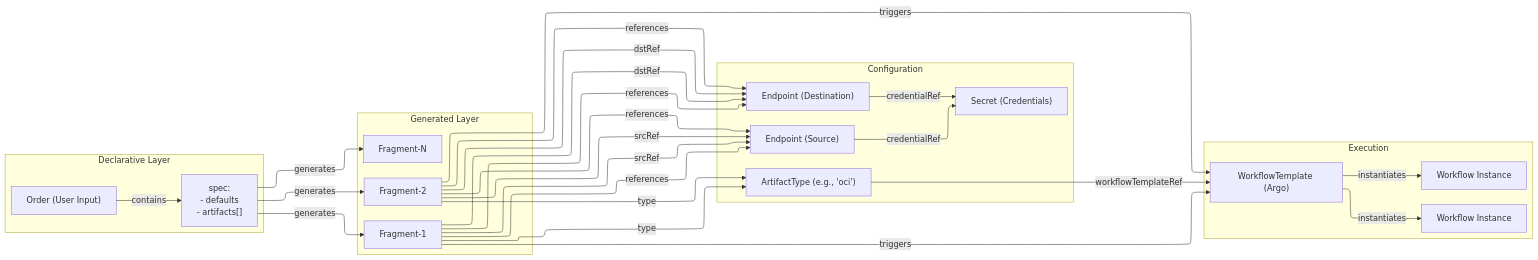
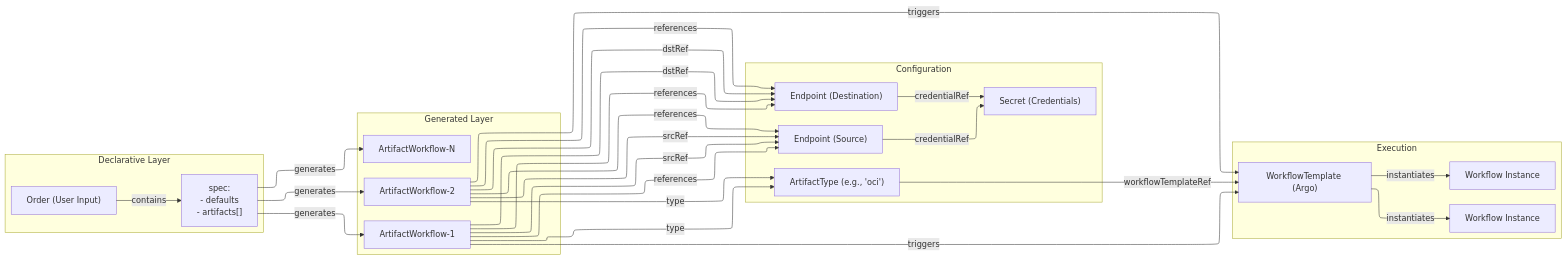
The diagram in docs/developer-guide/adrs/001-ARC-Architecture.md (opendefensecloud/artifact-conduit), drawn with Mermaid before and after one commit. The commit also changed other lines of this file and 53 other files, not shown here.

````diff
--- a/docs/developer-guide/adrs/001-ARC-Architecture.md
+++ b/docs/developer-guide/adrs/001-ARC-Architecture.md
@@ -100,45 +100,45 @@
 ```mermaid
 ---
 config:
   layout: elk
 ---
 flowchart LR
  subgraph subGraph0["Declarative Layer"]
         Order["Order (User Input)"]
         Spec["spec:<br>- defaults<br>- artifacts[]"]
   end
  subgraph subGraph1["Generated Layer"]
-        Fragment1["Fragment-1"]
-        Fragment2["Fragment-2"]
-        FragmentN["Fragment-N"]
+        ArtifactWorkflow1["ArtifactWorkflow-1"]
+        ArtifactWorkflow2["ArtifactWorkflow-2"]
+        ArtifactWorkflowN["ArtifactWorkflow-N"]
   end
  subgraph Configuration["Configuration"]
         ArtifactTypeDef@{ label: "ArtifactType (e.g., 'oci')" }
         EndpointSrc["Endpoint (Source)"]
         EndpointDst["Endpoint (Destination)"]
         Secret["Secret (Credentials)"]
   end
  subgraph Execution["Execution"]
         WorkflowTemplate["WorkflowTemplate (Argo)"]
         WorkflowInstance1["Workflow Instance"]
         WorkflowInstance2["Workflow Instance"]
   end
     Order -- contains --> Spec
-    Spec -- generates --> Fragment1 & Fragment2 & FragmentN
-    Fragment1 -- type --> ArtifactTypeDef
-    Fragment2 -- type --> ArtifactTypeDef
-    Fragment1 -- srcRef --> EndpointSrc
-    Fragment2 -- srcRef --> EndpointSrc
-    Fragment1 -- dstRef --> EndpointDst
-    Fragment2 -- dstRef --> EndpointDst
-    Fragment1 -- references --> EndpointSrc & EndpointDst
-    Fragment2 -- references --> EndpointSrc & EndpointDst
+    Spec -- generates --> ArtifactWorkflow1 & ArtifactWorkflow2 & ArtifactWorkflowN
+    ArtifactWorkflow1 -- type --> ArtifactTypeDef
+    ArtifactWorkflow2 -- type --> ArtifactTypeDef
+    ArtifactWorkflow1 -- srcRef --> EndpointSrc
+    ArtifactWorkflow2 -- srcRef --> EndpointSrc
+    ArtifactWorkflow1 -- dstRef --> EndpointDst
+    ArtifactWorkflow2 -- dstRef --> EndpointDst
+    ArtifactWorkflow1 -- references --> EndpointSrc & EndpointDst
+    ArtifactWorkflow2 -- references --> EndpointSrc & EndpointDst
     EndpointSrc -- credentialRef --> Secret
     EndpointDst -- credentialRef --> Secret
     ArtifactTypeDef -- workflowTemplateRef --> WorkflowTemplate
-    Fragment1 -- triggers --> WorkflowTemplate
-    Fragment2 -- triggers --> WorkflowTemplate
+    ArtifactWorkflow1 -- triggers --> WorkflowTemplate
+    ArtifactWorkflow2 -- triggers --> WorkflowTemplate
     WorkflowTemplate -- instantiates --> WorkflowInstance1 & WorkflowInstance2
     ArtifactTypeDef@{ shape: rect}
 
 ```
````
